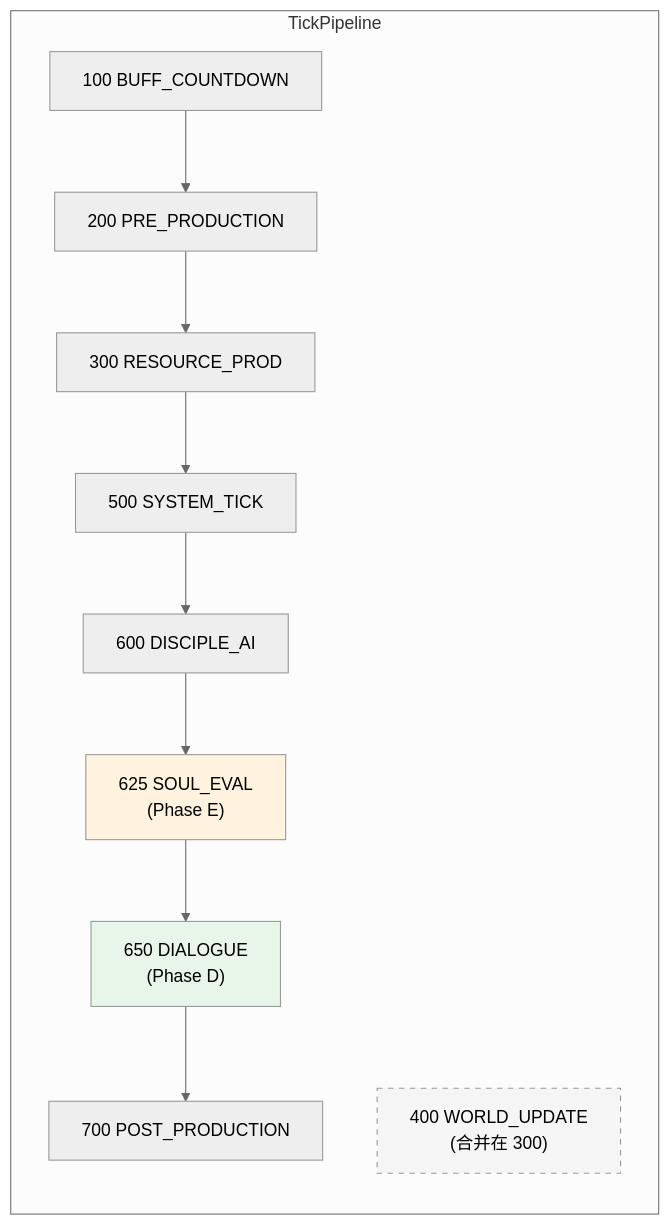
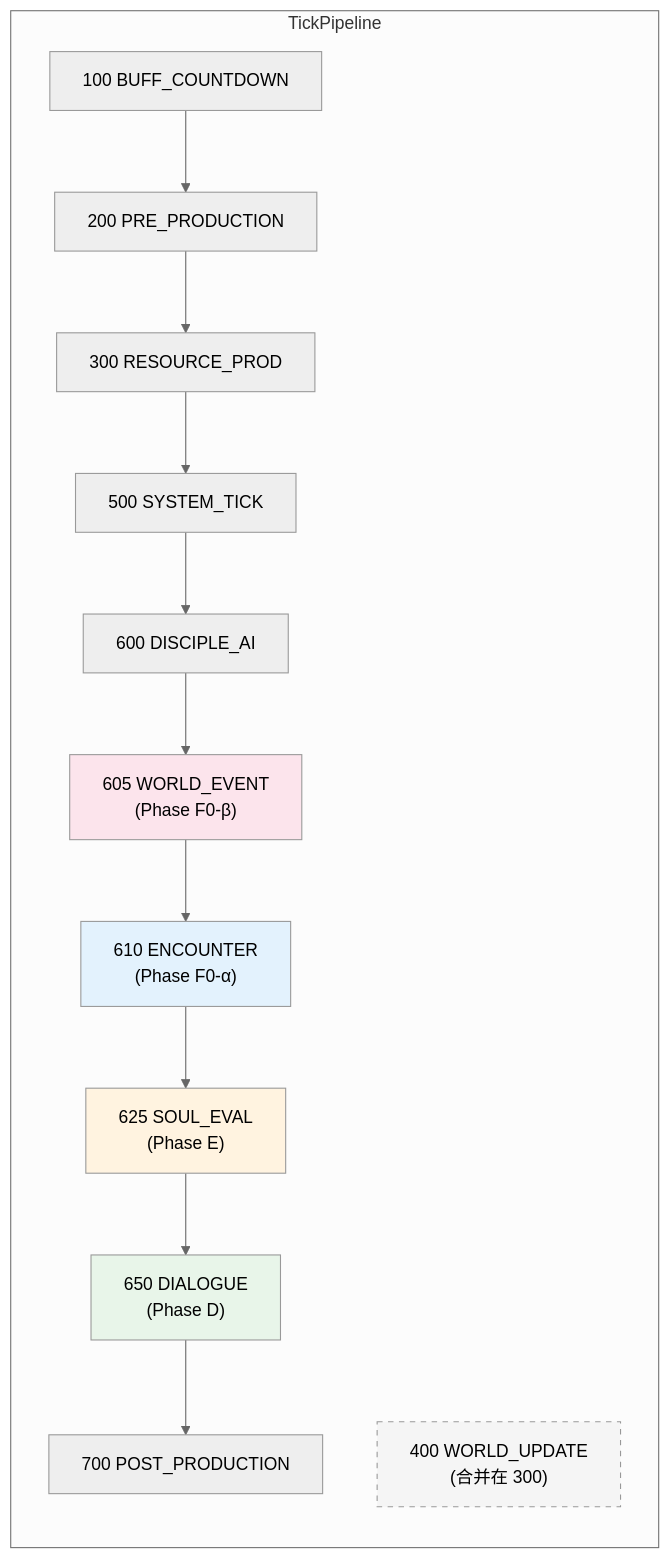
The diagram in docs/design/arch/pipeline.md (bennygray/7game), drawn with Mermaid (neutral theme) before and after one commit. The commit also changed other lines of this file and 93 other files, not shown here.

````diff
--- a/docs/design/arch/pipeline.md
+++ b/docs/design/arch/pipeline.md
@@ -14,18 +14,22 @@
 ```mermaid
 graph LR
     subgraph Pipeline["TickPipeline"]
         P100["100 BUFF_COUNTDOWN"]
         P200["200 PRE_PRODUCTION"]
         P300["300 RESOURCE_PROD"]
         P400["400 WORLD_UPDATE<br>(合并在 300)"]
         P500["500 SYSTEM_TICK"]
         P600["600 DISCIPLE_AI"]
+        P605["605 WORLD_EVENT<br>(Phase F0-β)"]
+        P610["610 ENCOUNTER<br>(Phase F0-α)"]
         P625["625 SOUL_EVAL<br>(Phase E)"]
         P650["650 DIALOGUE<br>(Phase D)"]
         P700["700 POST_PRODUCTION"]
     end
-    P100 --> P200 --> P300 --> P500 --> P600 --> P625 --> P650 --> P700
+    P100 --> P200 --> P300 --> P500 --> P600 --> P605 --> P610 --> P625 --> P650 --> P700
     style P400 fill:#f5f5f5,stroke-dasharray: 5 5
+    style P605 fill:#fce4ec
+    style P610 fill:#e3f2fd
     style P625 fill:#fff3e0
     style P650 fill:#e8f5e9
 ```
````
